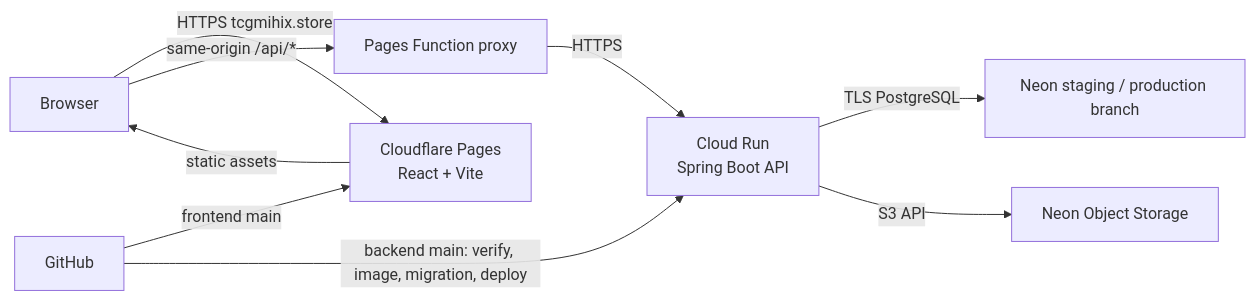
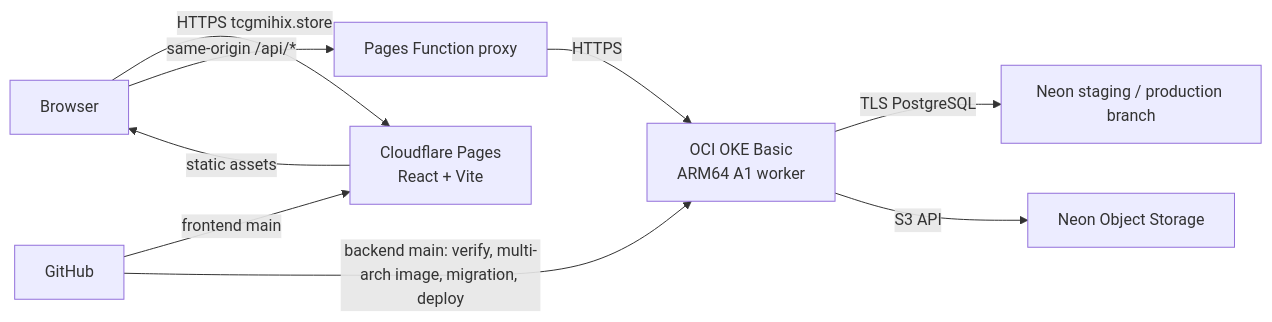
The diagram in docs/cloud-deployment-plan-2026-11-10.md (MUDST-2026-luntungsadungyong/tcg-store-backend), drawn with Mermaid before and after one commit. The commit also changed other lines of this file, not shown here.

Commit message:
docs: adopt free OCI Kubernetes deployment plan

````diff
--- a/docs/cloud-deployment-plan-2026-11-10.md
+++ b/docs/cloud-deployment-plan-2026-11-10.md
@@ -62,11 +78,11 @@
 ```mermaid
 flowchart LR
   Browser -->|HTTPS tcgmihix.store| Pages[Cloudflare Pages<br/>React + Vite]
   Pages -->|static assets| Browser
   Browser -->|same-origin /api/*| Fn[Pages Function proxy]
-  Fn -->|HTTPS| Run[Cloud Run<br/>Spring Boot API]
-  Run -->|TLS PostgreSQL| Neon[Neon staging / production branch]
-  Run -->|S3 API| Objects[Neon Object Storage]
+  Fn -->|HTTPS| OKE[OCI OKE Basic<br/>ARM64 A1 worker]
+  OKE -->|TLS PostgreSQL| Neon[Neon staging / production branch]
+  OKE -->|S3 API| Objects[Neon Object Storage]
   GH[GitHub] -->|frontend main| Pages
-  GH -->|backend main: verify, image, migration, deploy| Run
+  GH -->|backend main: verify, multi-arch image, migration, deploy| OKE
 ```
````
